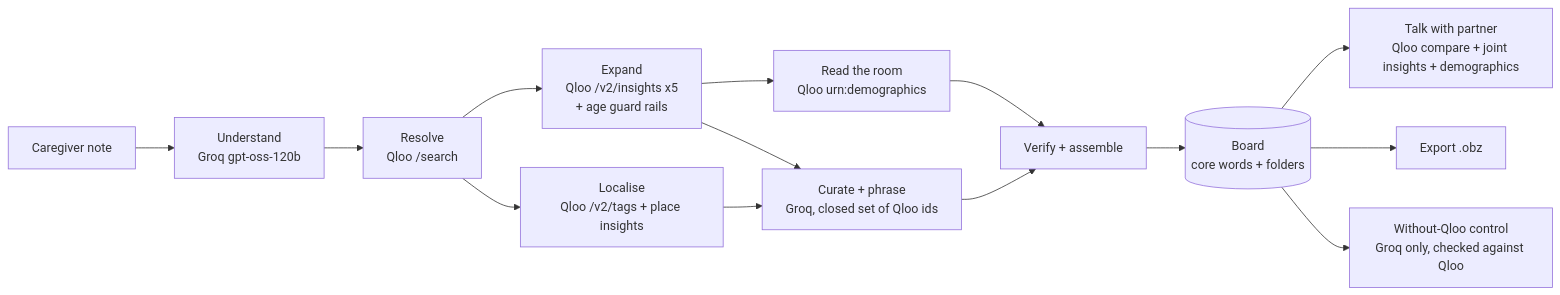
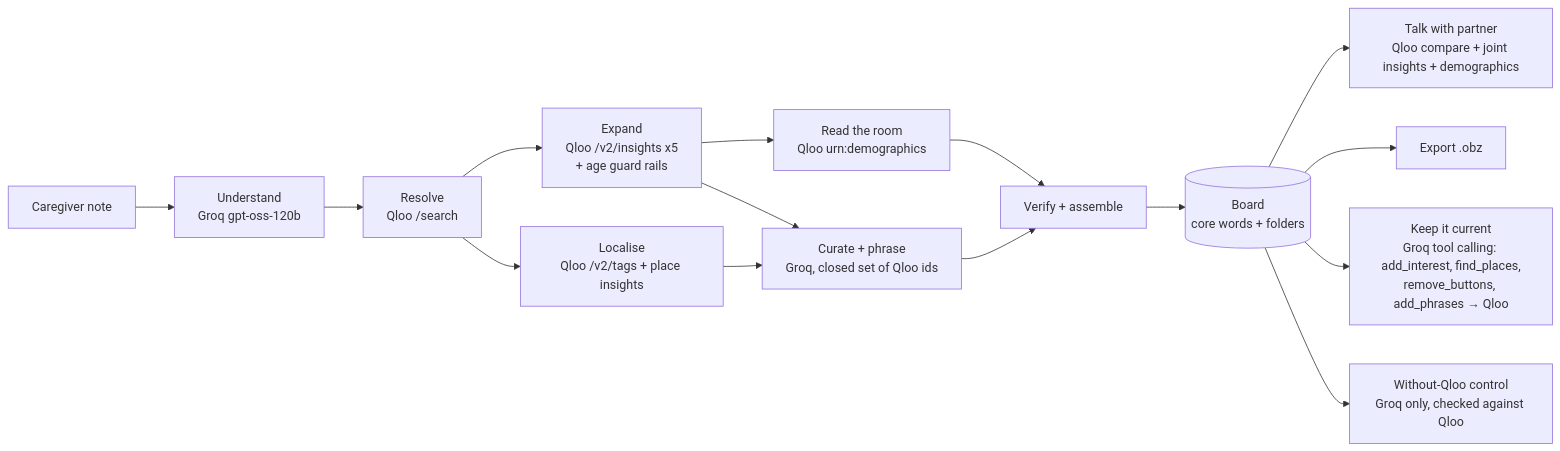
Before and after one commit to Arnav020/fringe: the diagram in README.md, drawn with Mermaid. The commit also changed other lines of this file and 4 other files, not shown here.

````diff
--- a/README.md
+++ b/README.md
@@ -51,16 +54,17 @@
 ```mermaid
 flowchart LR
   A[Caregiver note] --> U[Understand<br/>Groq gpt-oss-120b]
   U --> R[Resolve<br/>Qloo /search]
   R --> E[Expand<br/>Qloo /v2/insights x5<br/>+ age guard rails]
   R --> L[Localise<br/>Qloo /v2/tags + place insights]
   E --> D[Read the room<br/>Qloo urn:demographics]
   E --> C[Curate + phrase<br/>Groq, closed set of Qloo ids]
   L --> C
   D --> V[Verify + assemble]
   C --> V
   V --> B[(Board<br/>core words + folders)]
   B --> P[Talk with partner<br/>Qloo compare + joint insights + demographics]
   B --> X[Export .obz]
+  B --> K[Keep it current<br/>Groq tool calling: add_interest, find_places,<br/>remove_buttons, add_phrases → Qloo]
   B --> N[Without-Qloo control<br/>Groq only, checked against Qloo]
 ```
````
